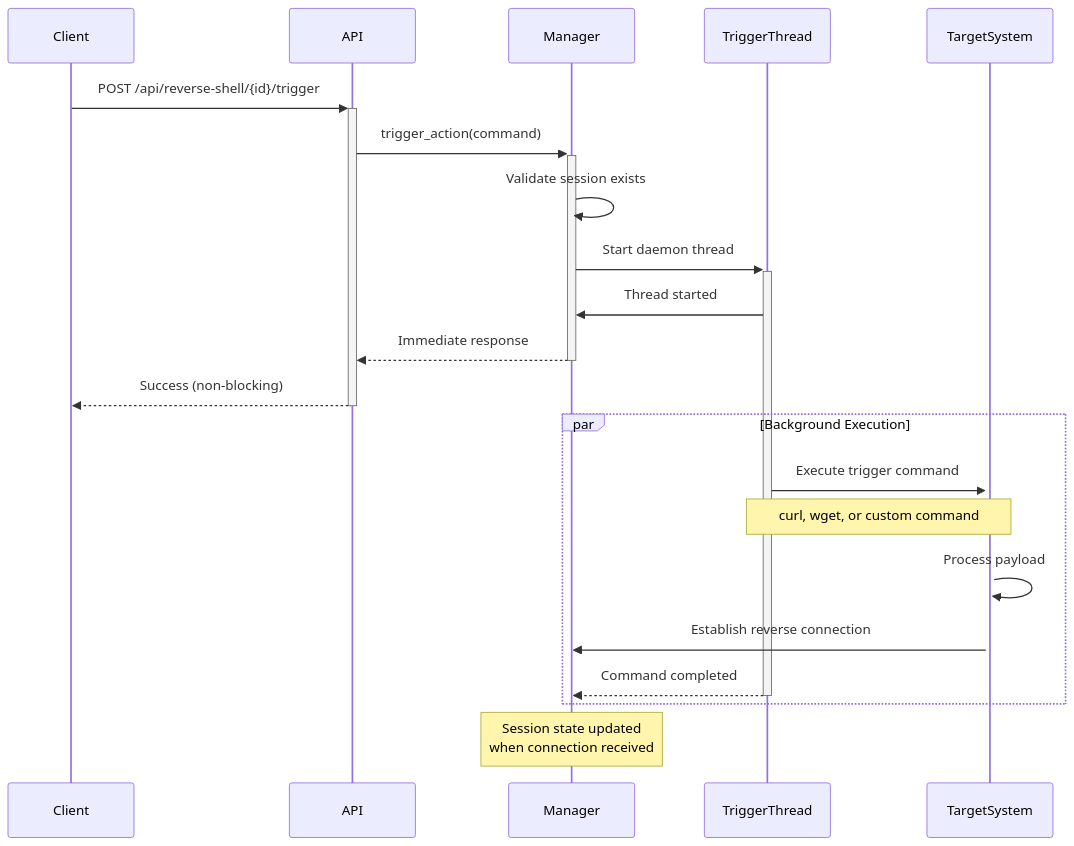
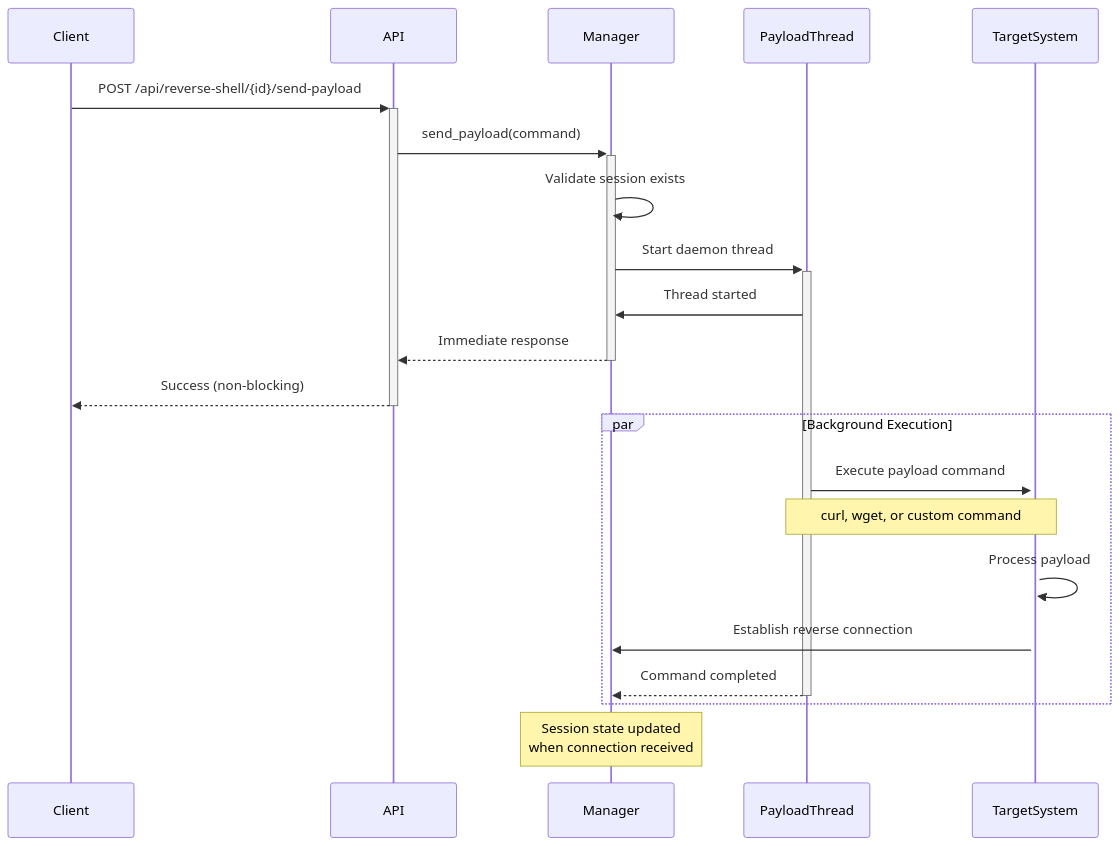
One commit to sh4faq/MCP-Kali-Server changed the sixth of 14 diagrams in doc/REVERSE_SHELL_MANAGER.md. Above: the diagram before and after it, drawn with Mermaid. The commit also changed other lines of this file and 6 other files, not shown here.

First line of the commit message:
✨ Rename trigger action to send payload in reverse shell API

````diff
--- a/doc/REVERSE_SHELL_MANAGER.md
+++ b/doc/REVERSE_SHELL_MANAGER.md
@@ -206,26 +206,26 @@
 ```mermaid
 sequenceDiagram
     participant Client
     participant API
     participant Manager
-    participant TriggerThread
+    participant PayloadThread
     participant TargetSystem
     
-    Client->>+API: POST /api/reverse-shell/{id}/trigger
-    API->>+Manager: trigger_action(command)
+    Client->>+API: POST /api/reverse-shell/{id}/send-payload
+    API->>+Manager: send_payload(command)
     Manager->>Manager: Validate session exists
-    Manager->>+TriggerThread: Start daemon thread
-    TriggerThread->>Manager: Thread started
+    Manager->>+PayloadThread: Start daemon thread
+    PayloadThread->>Manager: Thread started
     Manager-->>-API: Immediate response
     API-->>-Client: Success (non-blocking)
     
     par Background Execution
-        TriggerThread->>+TargetSystem: Execute trigger command
-        Note over TriggerThread,TargetSystem: curl, wget, or custom command
+        PayloadThread->>+TargetSystem: Execute payload command
+        Note over PayloadThread,TargetSystem: curl, wget, or custom command
         TargetSystem->>TargetSystem: Process payload
         TargetSystem->>Manager: Establish reverse connection
-        TriggerThread-->>-Manager: Command completed
+        PayloadThread-->>-Manager: Command completed
     end
     
     Note over Manager: Session state updated<br/>when connection received
 ```
````
